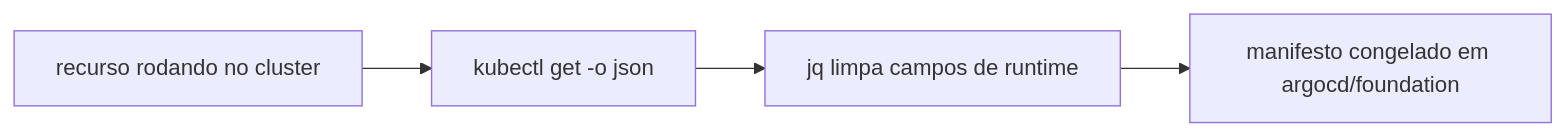
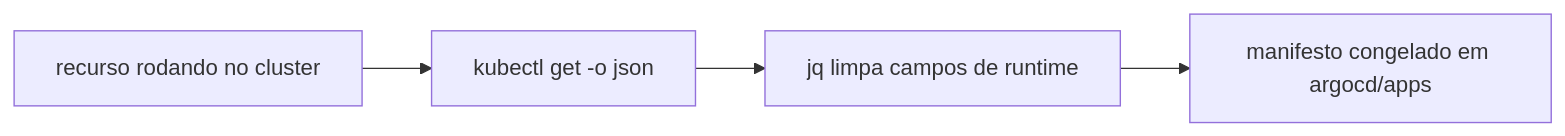
Before and after one commit to ladesa-ro/infrastructure: the first of 2 diagrams in docs/operacao/scripts.md, drawn with Mermaid. The commit also changed other lines of this file and 56 other files, not shown here.

Commit message:
refactor(argocd): rename apps to applications and foundation to apps

````diff
--- a/docs/operacao/scripts.md
+++ b/docs/operacao/scripts.md
@@ -5,6 +5,6 @@
 ```mermaid
 flowchart LR
     Recurso[recurso rodando no cluster] --> Get["kubectl get -o json"]
     Get --> Limpa["jq limpa campos de runtime"]
-    Limpa --> Manifesto[manifesto congelado em argocd/foundation]
+    Limpa --> Manifesto[manifesto congelado em argocd/apps]
 ```
````
